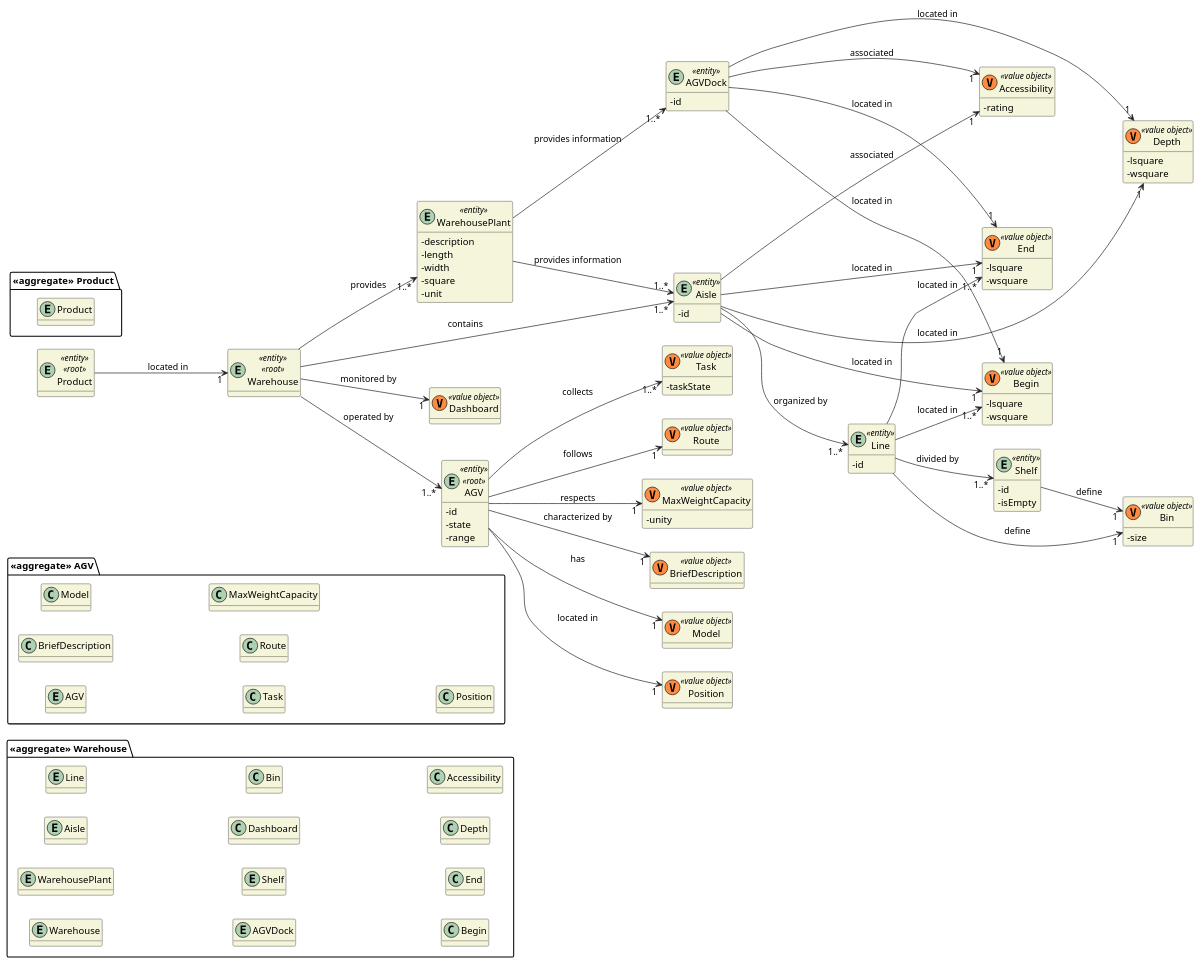
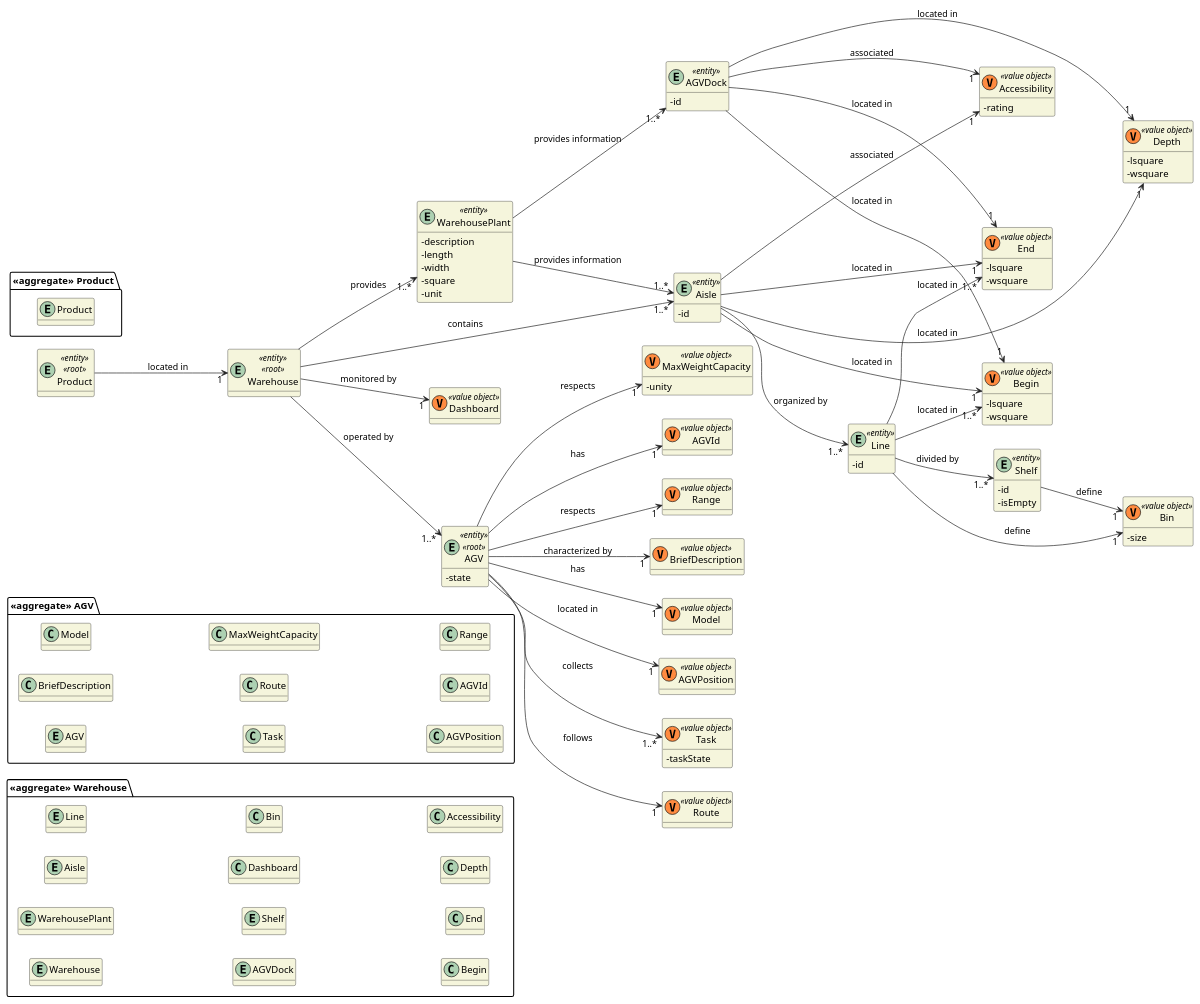
One commit to 0franciscor/lei21_22_s4_2de_01 changed the diagram in docs/DM/DM_Warehouse.puml. Above: the diagram before and after it, drawn with PlantUML. The commit also changed 9 other files, not shown here.

```diff
--- a/docs/DM/DM_Warehouse.puml
+++ b/docs/DM/DM_Warehouse.puml
@@ -1,163 +1,169 @@
 @startuml
 
 hide methods
 left to right direction
 skinparam classAttributeIconSize 0
 skinparam classBackgroundColor beige
 skinparam ArrowColor #222222
 
 package "<<aggregate>> Warehouse" {
     entity Warehouse
     entity WarehousePlant
     entity Aisle
     entity Line
     entity AGVDock
     entity Shelf
     class Dashboard
     class Bin
     class Begin
     class End
     class Depth
     class Accessibility
 }
 
 package "<<aggregate>> AGV" {
     entity AGV
     class BriefDescription
     class Model
     class Task
     class Route
     class MaxWeightCapacity
-    class Position
+    class AGVPosition
+    class AGVId
+    class Range
 }
 
 package "<<aggregate>> Product" {
     entity Product
 }
 
 entity Product <<entity>> <<root>> {}
 
 entity WarehousePlant <<entity>> {
     -description
     -length
     -width
     -square
     -unit
 }
 
 entity AGV <<entity>> <<root>> {
-    -id
     -state
-    -range
 }
 
 entity AGVDock <<entity>> {
     -id
 }
 
 entity Warehouse <<entity>> <<root>> {
 }
 
 class Dashboard <<(V,#FF8B40) value object>>{}
 
 entity Shelf <<entity>>{
     -id
     -isEmpty
 }
 
 class Bin <<(V,#FF8B40) value object>>{
     -size
 }
 
 entity Aisle <<entity>>{
     -id
 }
+
+class AGVId <<(V,#FF8B40) value object>> {}
+
+class Range <<(V,#FF8B40) value object>> {}
 
 class Begin <<(V,#FF8B40) value object>>{
     -lsquare
     -wsquare
 }
 
 class End <<(V,#FF8B40) value object>>{
     -lsquare
     -wsquare
 }
 
 class Depth <<(V,#FF8B40) value object>>{
     -lsquare
     -wsquare
 }
 
 class Accessibility <<(V,#FF8B40) value object>>{
     -rating
 }
 
 entity Line <<entity>>{
     -id
 
 }
 
 Product--> "1" Warehouse : located in
 
 Warehouse --> "1..*" Aisle : contains
 
 Warehouse --> "1" Dashboard : monitored by
 
 Warehouse --> "1..*" AGV : operated by
 
 Warehouse --> "1..*" WarehousePlant : provides
 
 WarehousePlant --> "1..*" Aisle : provides information
 
 WarehousePlant --> "1..*" AGVDock : provides information
 
 
 
 Aisle --> "1..*" Line : organized by
 
 Aisle --> "1" Begin : located in
 Aisle --> "1" End : located in
 Aisle ----> "1" Depth : located in
 Aisle --> "1" Accessibility : associated
 
 Line --> "1..*" Shelf : divided by
 
 Line --> "1..*" Begin : located in
 
 Line --> "1..*" End : located in
 
 Line --> "1" Bin : define
 Shelf --> "1" Bin : define
 
 AGVDock ---> "1" Begin : located in
 AGVDock ---> "1" End : located in
 AGVDock ---> "1" Depth : located in
 AGVDock ---> "1" Accessibility : associated
 
 
 entity AGV <<entity>> <<root>> {}
 
 class BriefDescription <<(V,#FF8B40) value object>> {}
 
 class Model <<(V,#FF8B40) value object>> {}
 
-class Position <<(V,#FF8B40) value object>> {}
+class AGVPosition <<(V,#FF8B40) value object>> {}
 
 class Task<<(V,#FF8B40) value object>> {
     -taskState
 }
 
 class Route <<(V,#FF8B40) value object>> {}
 
 class MaxWeightCapacity <<(V,#FF8B40) value object>> {
 -unity
 }
 
+AGV --> "1" AGVId : has
 AGV --> "1..*" Task : collects
+AGV --> "1" Range : respects
 AGV --> "1" Route : follows
 AGV --> "1" Model : has
 AGV --> "1" BriefDescription : characterized by
 AGV --> "1" MaxWeightCapacity : respects
-AGV --> "1" Position : located in
+AGV --> "1" AGVPosition : located in
 
 @enduml
```
